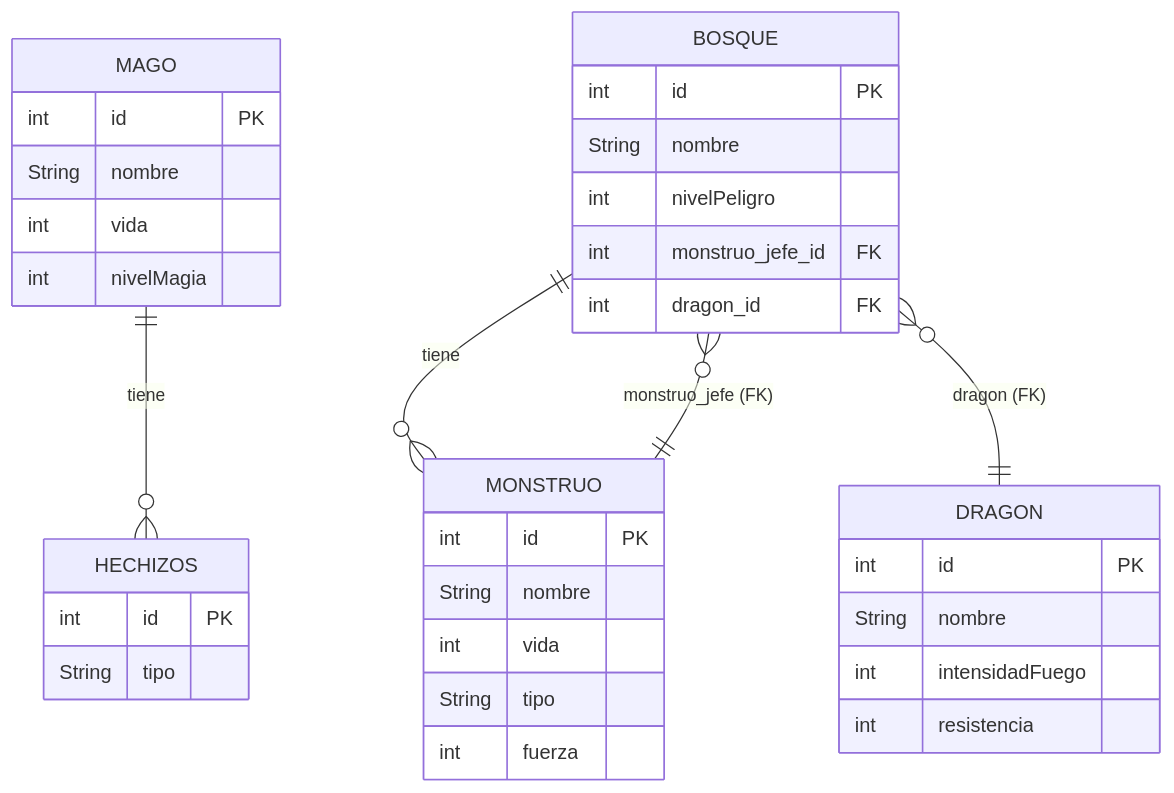
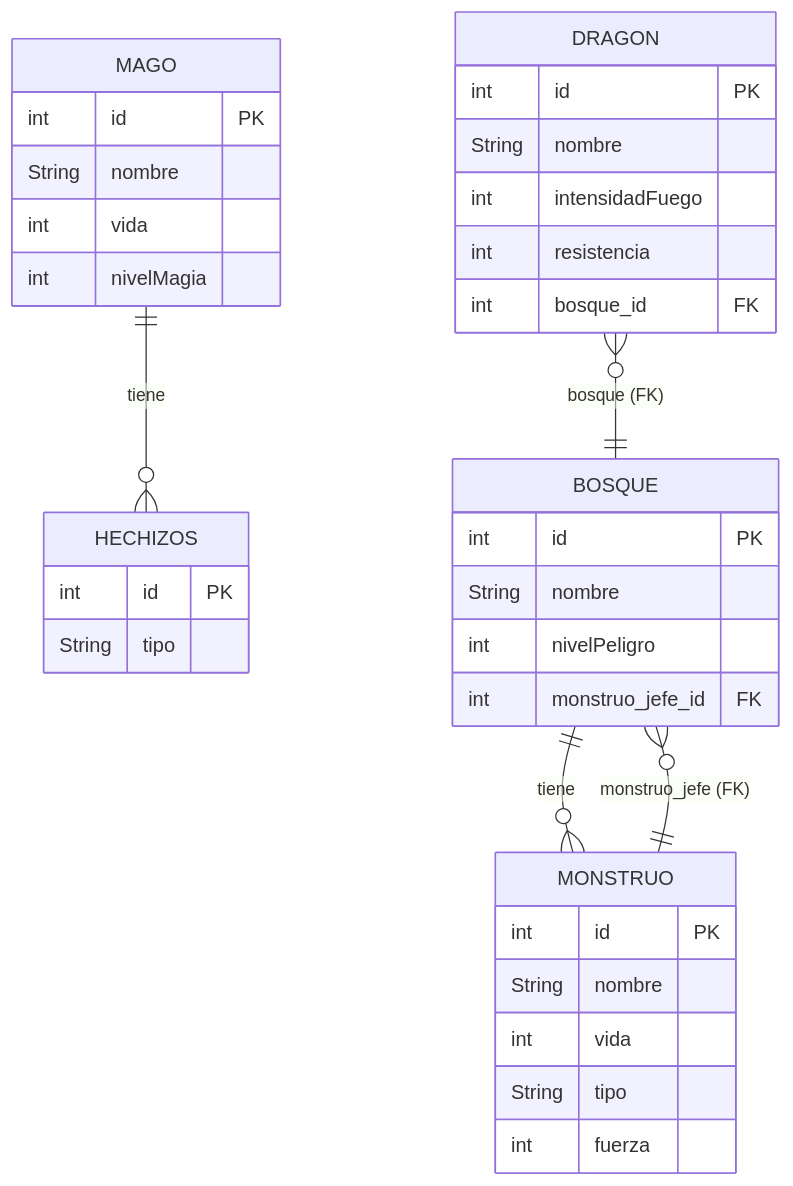
One commit to a19albertons/dragolandia changed the second of 2 diagrams in readme.md. Above: the diagram before and after it, drawn with Mermaid. The commit also changed other lines of this file, not shown here.

Commit message:
Parcheo diagramas por cambio en relacion bosque-dragon

````diff
--- a/readme.md
+++ b/readme.md
@@ -81,44 +81,44 @@
 ``` mermaid
 erDiagram
     MAGO {
         int id PK
         String nombre
         int vida
         int nivelMagia
     }
     HECHIZOS {
         int id PK
         String tipo       
     }
 
     MONSTRUO {
         int id PK
         String nombre
         int vida
         String tipo
         int fuerza
     }
 
     BOSQUE {
         int id PK
         String nombre
         int nivelPeligro
         int monstruo_jefe_id FK
-        int dragon_id FK
     }
 
     DRAGON {
         int id PK
         String nombre
         int intensidadFuego
         int resistencia
+        int bosque_id FK
     }
 
     %% Relaciones (expresadas textualmente)
     MAGO ||--o{ HECHIZOS : tiene
 
     BOSQUE ||--o{ MONSTRUO : tiene
 
     BOSQUE }o--|| MONSTRUO : "monstruo_jefe (FK)"
-    BOSQUE }o--|| DRAGON : "dragon (FK)" 
+    DRAGON }o--|| BOSQUE : "bosque (FK)" 
 ```
````
